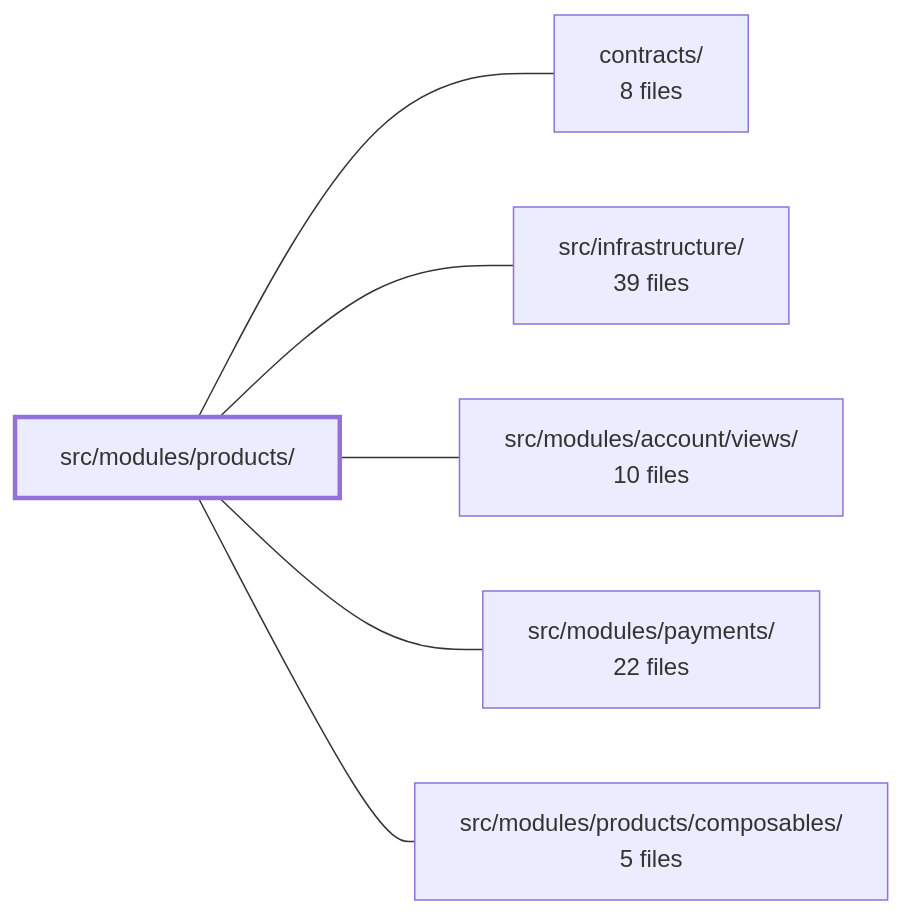
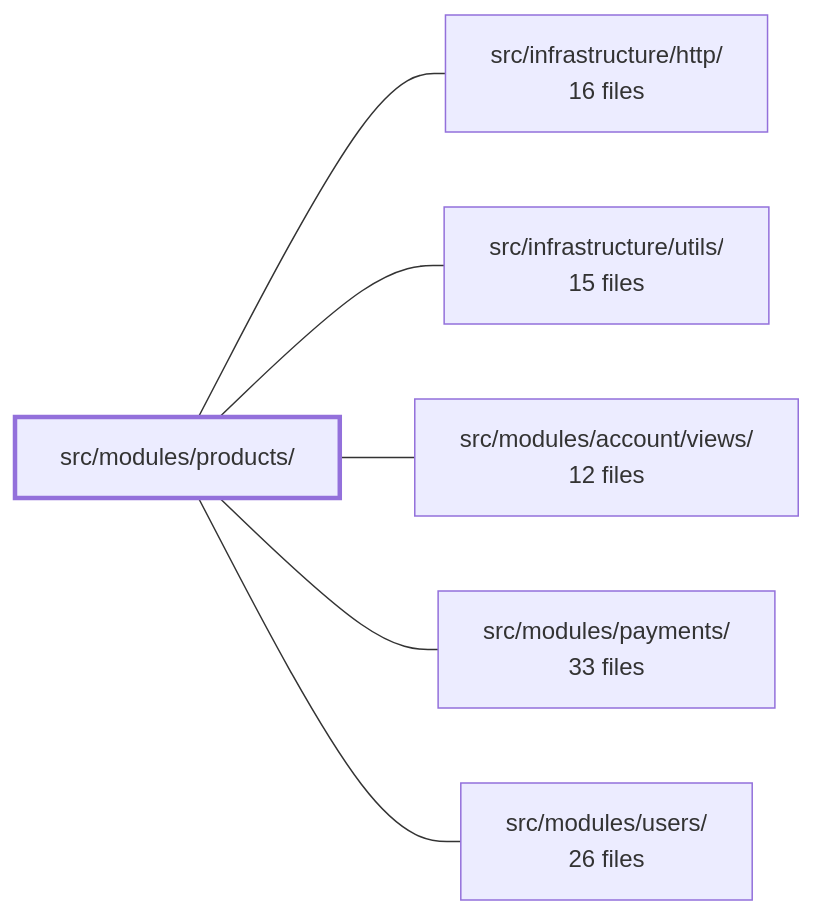
The diagram in .2brain/modules/boilerplate-vue-frontend_src_modules_products.md (Guebbit/boilerplate-vue-frontend), drawn with Mermaid before and after one commit. The commit also changed other lines of this file and 960 other files, not shown here.

````diff
--- a/.2brain/modules/boilerplate-vue-frontend_src_modules_products.md
+++ b/.2brain/modules/boilerplate-vue-frontend_src_modules_products.md
@@ -41,15 +41,15 @@
 ```mermaid
 flowchart LR
     m_src_modules_products["src/modules/products/"]
-    m_contracts["contracts/<br/>8 files"]
-    m_src_infrastructure["src/infrastructure/<br/>39 files"]
-    m_src_modules_account_views["src/modules/account/views/<br/>10 files"]
-    m_src_modules_payments["src/modules/payments/<br/>22 files"]
-    m_src_modules_products_composables["src/modules/products/composables/<br/>5 files"]
-    m_src_modules_products --- m_contracts
-    m_src_modules_products --- m_src_infrastructure
+    m_src_infrastructure_http["src/infrastructure/http/<br/>16 files"]
+    m_src_infrastructure_utils["src/infrastructure/utils/<br/>15 files"]
+    m_src_modules_account_views["src/modules/account/views/<br/>12 files"]
+    m_src_modules_payments["src/modules/payments/<br/>33 files"]
+    m_src_modules_users["src/modules/users/<br/>26 files"]
+    m_src_modules_products --- m_src_infrastructure_http
+    m_src_modules_products --- m_src_infrastructure_utils
     m_src_modules_products --- m_src_modules_account_views
     m_src_modules_products --- m_src_modules_payments
-    m_src_modules_products --- m_src_modules_products_composables
+    m_src_modules_products --- m_src_modules_users
     style m_src_modules_products stroke-width:3px
 ```
````
